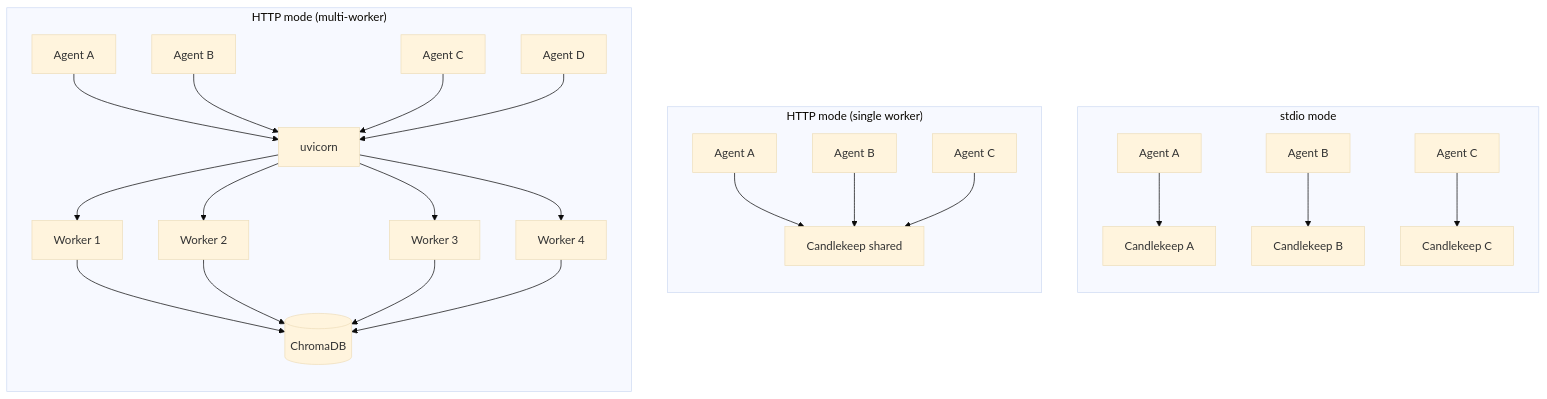
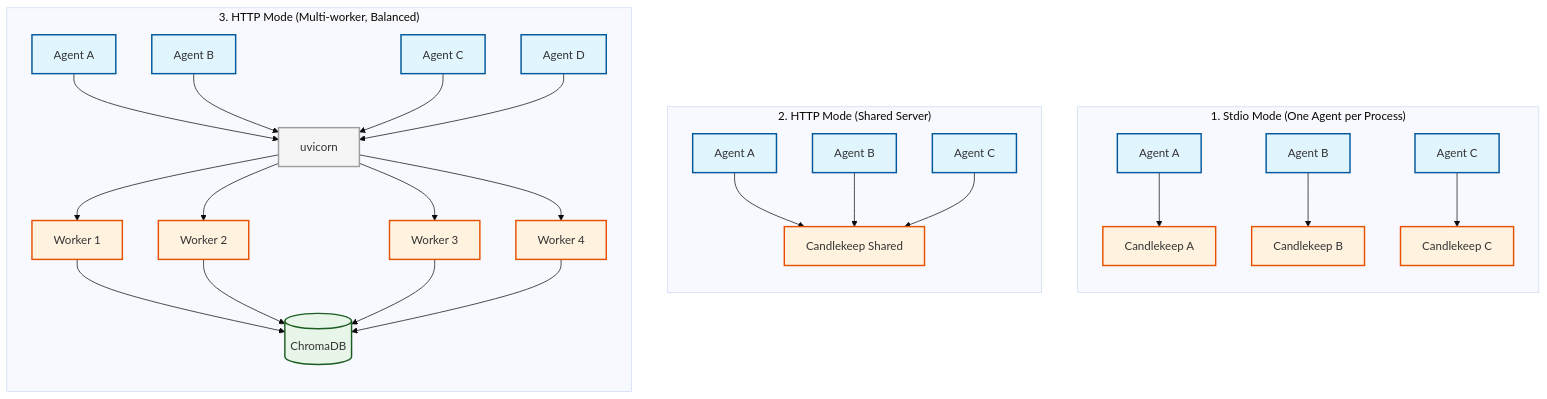
One commit to BansheeEmperor/candlekeep changed the fourth of 5 diagrams in docs/ARCHITECTURE.md. Above: the diagram before and after it, drawn with Mermaid (base theme). The commit also changed other lines of this file and 1 other file, not shown here.

First line of the commit message:
docs: enhance mermaid diagrams with improved layout and styling

````diff
--- a/docs/ARCHITECTURE.md
+++ b/docs/ARCHITECTURE.md
@@ -220,29 +253,42 @@
 ```mermaid
 graph TD
-    subgraph Stdio ["stdio mode"]
+    classDef agent fill:#e1f5fe,stroke:#01579b,stroke-width:2px;
+    classDef server fill:#fff3e0,stroke:#e65100,stroke-width:2px;
+    classDef infra fill:#f5f5f5,stroke:#9e9e9e,stroke-width:2px;
+    classDef db fill:#e8f5e9,stroke:#1b5e20,stroke-width:2px;
+
+    subgraph Stdio ["1. Stdio Mode (One Agent per Process)"]
         direction TB
         A1[Agent A] --> CKA[Candlekeep A]
         A2[Agent B] --> CKB[Candlekeep B]
         A3[Agent C] --> CKC[Candlekeep C]
     end
+    class A1,A2,A3 agent;
+    class CKA,CKB,CKC server;
 
-    subgraph HttpSingle ["HTTP mode (single worker)"]
+    subgraph HttpSingle ["2. HTTP Mode (Shared Server)"]
         direction TB
-        HA1[Agent A] --> Shared[Candlekeep shared]
+        HA1[Agent A] --> Shared[Candlekeep Shared]
         HA2[Agent B] --> Shared
         HA3[Agent C] --> Shared
     end
+    class HA1,HA2,HA3 agent;
+    class Shared server;
 
-    subgraph HttpMulti ["HTTP mode (multi-worker)"]
+    subgraph HttpMulti ["3. HTTP Mode (Multi-worker, Balanced)"]
         direction TB
         MA1[Agent A] --> Uvicorn[uvicorn]
         MA2[Agent B] --> Uvicorn
         MA3[Agent C] --> Uvicorn
         MA4[Agent D] --> Uvicorn
         Uvicorn --> W1[Worker 1] --> Chroma
         Uvicorn --> W2[Worker 2] --> Chroma
         Uvicorn --> W3[Worker 3] --> Chroma
         Uvicorn --> W4[Worker 4] --> Chroma
         Chroma[(ChromaDB)]
     end
+    class MA1,MA2,MA3,MA4 agent;
+    class Uvicorn infra;
+    class W1,W2,W3,W4 server;
+    class Chroma db;
 ```
````
